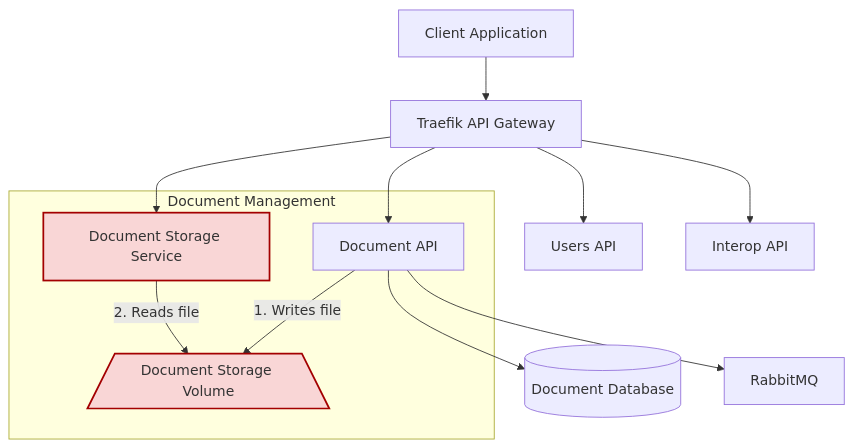
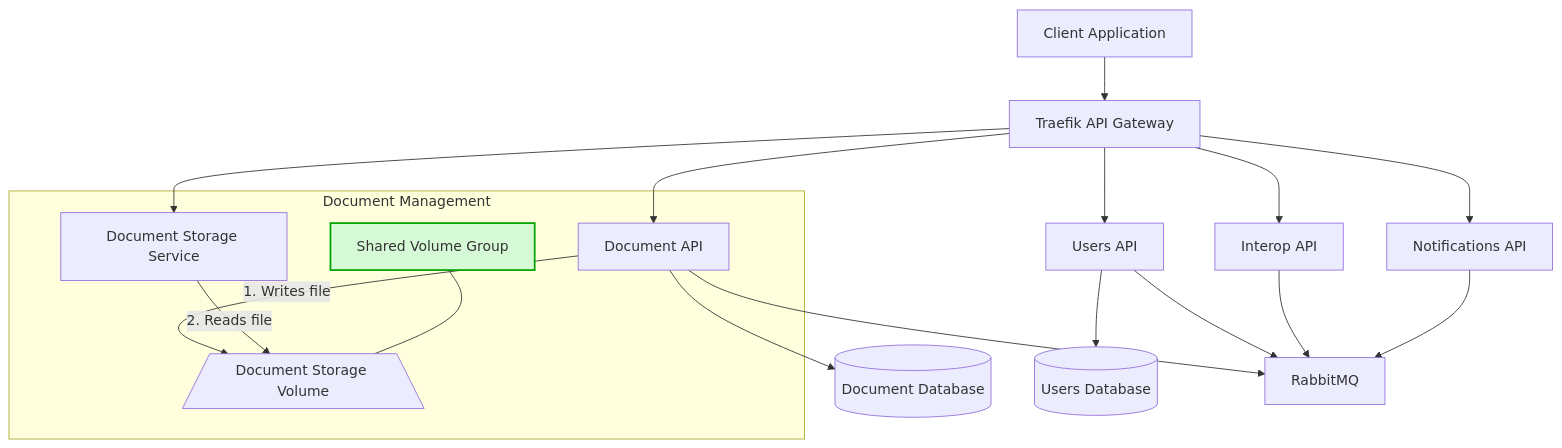
The first of 3 diagrams in docs/architecture/C3-ApiGateway.md (josuedanielbust/docucol), drawn with Mermaid before and after one commit. The commit also changed other lines of this file and 12 other files, not shown here.

````diff
--- a/docs/architecture/C3-ApiGateway.md
+++ b/docs/architecture/C3-ApiGateway.md
@@ -8,21 +8,26 @@
 ```mermaid
 graph TD
     Client[Client Application] --> Gateway[Traefik API Gateway]
     
     Gateway --> UsersAPI[Users API]
     Gateway --> DocumentAPI[Document API]
     Gateway --> InteropAPI[Interop API]
+    Gateway --> NotificationsAPI[Notifications API]
     Gateway --> StorageService[Document Storage Service]
     
     subgraph "Document Management"
         DocumentAPI -- "1. Writes file" --> DocStorage[/Document Storage Volume\]
         StorageService -- "2. Reads file" --> DocStorage
+        SharedVolume[Shared Volume Group] --- DocStorage
     end
     
     DocumentAPI --> DocumentDB[(Document Database)]
+    UsersAPI --> UsersDB[(Users Database)]
+    UsersAPI --> MessageBroker[RabbitMQ]
+    InteropAPI --> MessageBroker[RabbitMQ]
+    NotificationsAPI --> MessageBroker[RabbitMQ]
     DocumentAPI --> MessageBroker[RabbitMQ]
     
-    classDef problem fill:#f9d6d6,stroke:#a30000,stroke-width:2px;
-    class StorageService problem;
-    class DocStorage problem;
+    classDef solution fill:#d6f9d6,stroke:#00a300,stroke-width:2px;
+    class SharedVolume solution;
 ```
````
